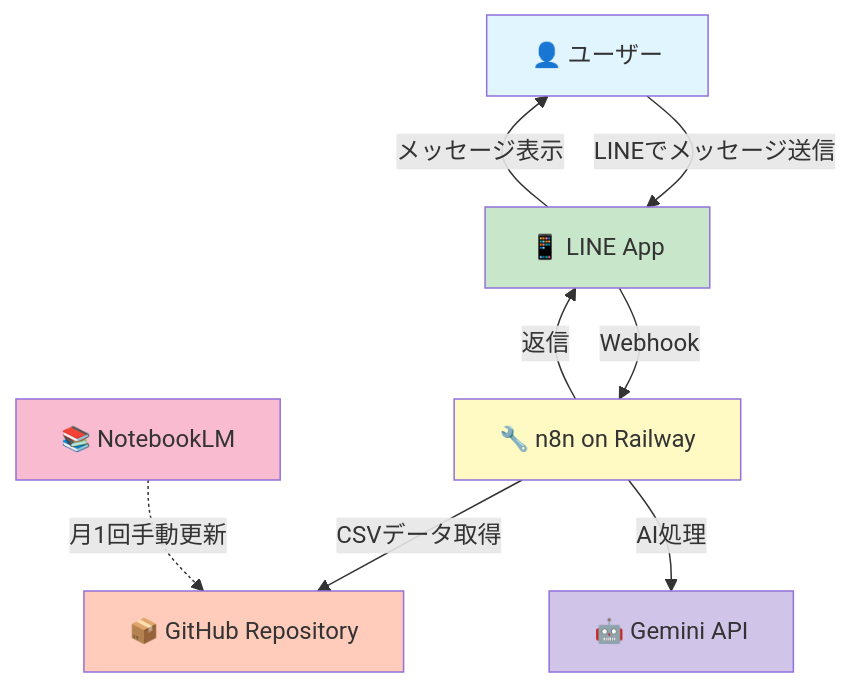
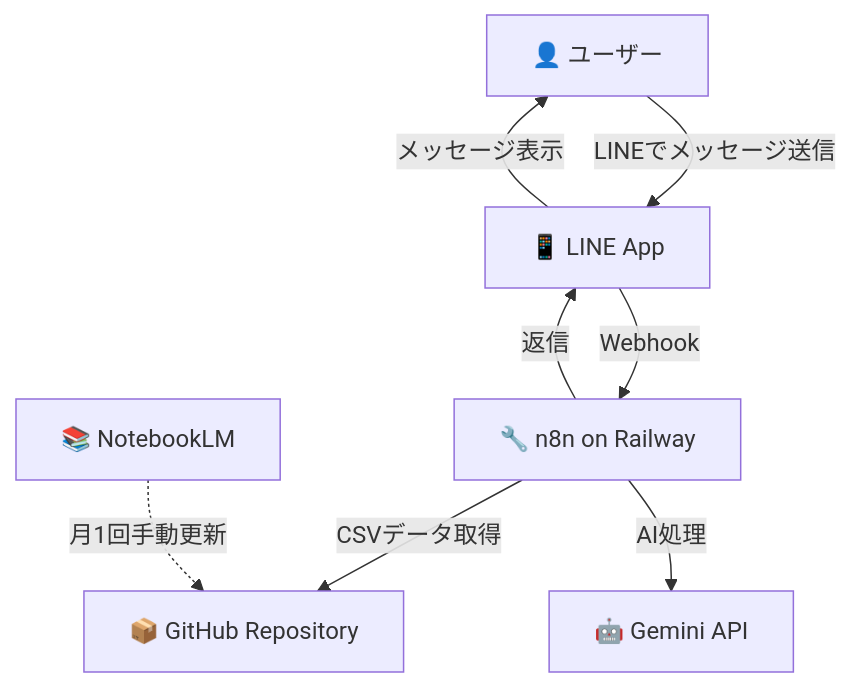
The first of 8 diagrams in app-flow-diagram.md (ramenumaiwhy/knowledge-chat2), drawn with Mermaid before and after one commit. The commit also changed other lines of this file and 34 other files, not shown here.

````diff
--- a/app-flow-diagram.md
+++ b/app-flow-diagram.md
@@ -5,18 +5,12 @@
 ```mermaid
 graph TB
     A[👤 ユーザー] -->|LINEでメッセージ送信| B[📱 LINE App]
     B -->|Webhook| C[🔧 n8n on Railway]
     C -->|CSVデータ取得| D[📦 GitHub Repository]
     C -->|AI処理| E[🤖 Gemini API]
     C -->|返信| B
     B -->|メッセージ表示| A
     
     F[📚 NotebookLM] -.->|月1回手動更新| D
     
-    style A fill:#e1f5fe
-    style B fill:#c8e6c9
-    style C fill:#fff9c4
-    style D fill:#ffccbc
-    style E fill:#d1c4e9
-    style F fill:#f8bbd0
 ```
````
